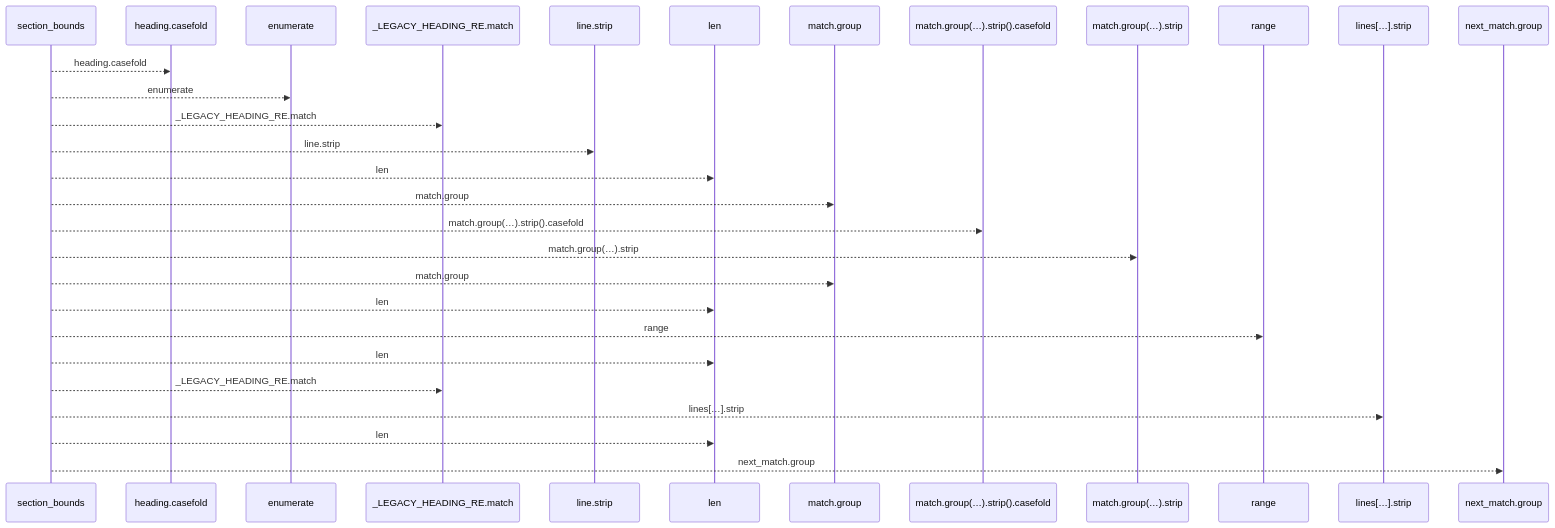
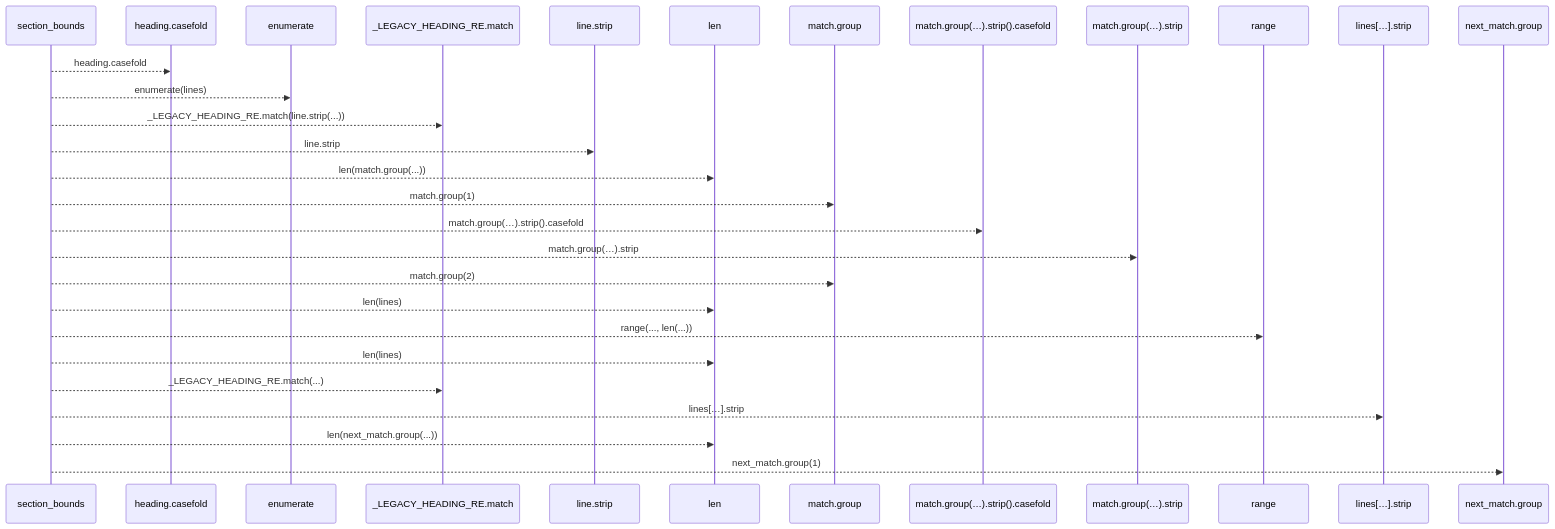
One commit to Denissvgn/python-wiki-llm changed the first of 2 diagrams in docs/llm_wiki/flows/api-section_bounds.md. Above: the diagram before and after it, drawn with Mermaid. The commit also changed other lines of this file and 1410 other files, not shown here.

````diff
--- a/docs/llm_wiki/flows/api-section_bounds.md
+++ b/docs/llm_wiki/flows/api-section_bounds.md
@@ -10,31 +12,31 @@
 ```mermaid
 sequenceDiagram
     participant p0 as section_bounds
     participant p1 as heading.casefold
     participant p2 as enumerate
     participant p3 as _LEGACY_HEADING_RE.match
     participant p4 as line.strip
     participant p5 as len
     participant p6 as match.group
     participant p7 as match.group(…).strip().casefold
     participant p8 as match.group(…).strip
     participant p9 as range
     participant p10 as lines[…].strip
     participant p11 as next_match.group
     p0-->>p1: heading.casefold
-    p0-->>p2: enumerate
-    p0-->>p3: _LEGACY_HEADING_RE.match
+    p0-->>p2: enumerate(lines)
+    p0-->>p3: _LEGACY_HEADING_RE.match(line.strip(...))
     p0-->>p4: line.strip
-    p0-->>p5: len
-    p0-->>p6: match.group
+    p0-->>p5: len(match.group(...))
+    p0-->>p6: match.group(1)
     p0-->>p7: match.group(…).strip().casefold
     p0-->>p8: match.group(…).strip
-    p0-->>p6: match.group
-    p0-->>p5: len
-    p0-->>p9: range
-    p0-->>p5: len
-    p0-->>p3: _LEGACY_HEADING_RE.match
+    p0-->>p6: match.group(2)
+    p0-->>p5: len(lines)
+    p0-->>p9: range(..., len(...))
+    p0-->>p5: len(lines)
+    p0-->>p3: _LEGACY_HEADING_RE.match(...)
     p0-->>p10: lines[…].strip
-    p0-->>p5: len
-    p0-->>p11: next_match.group
+    p0-->>p5: len(next_match.group(...))
+    p0-->>p11: next_match.group(1)
 ```
````
